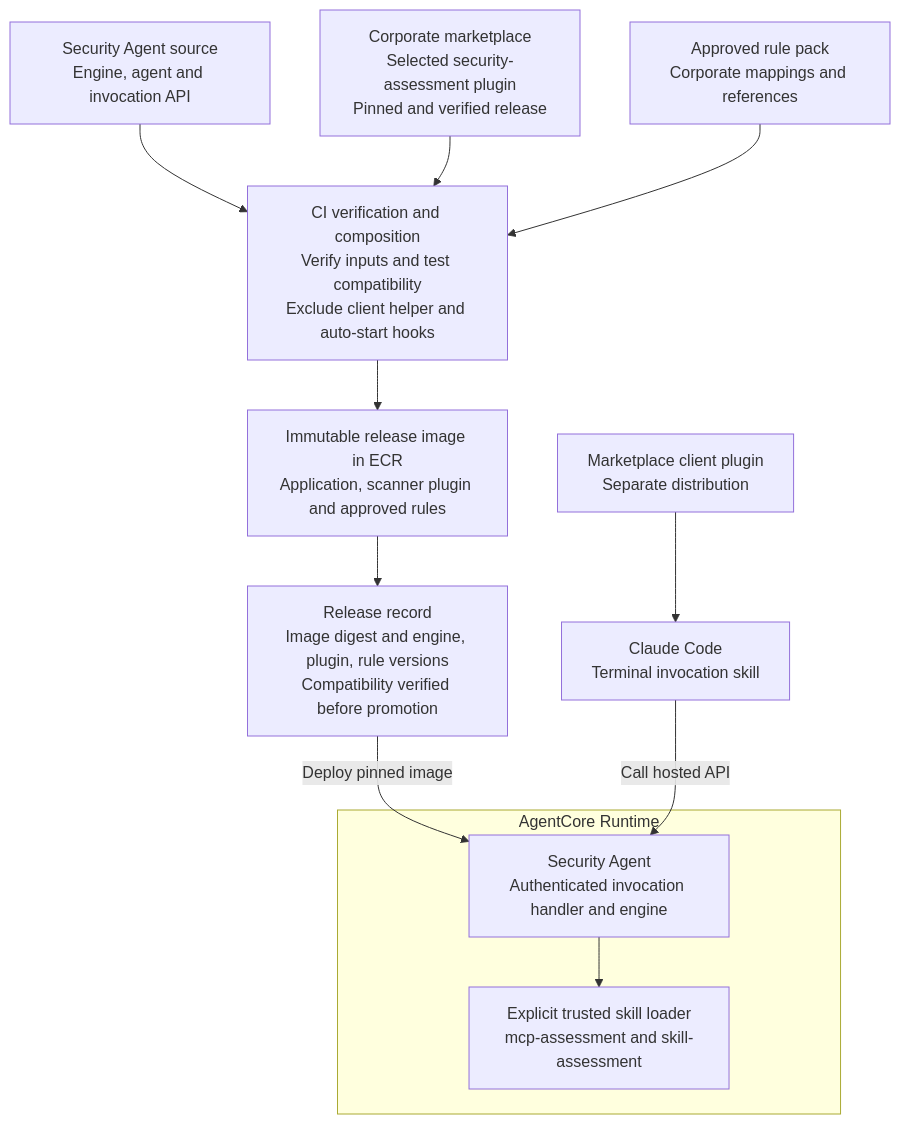
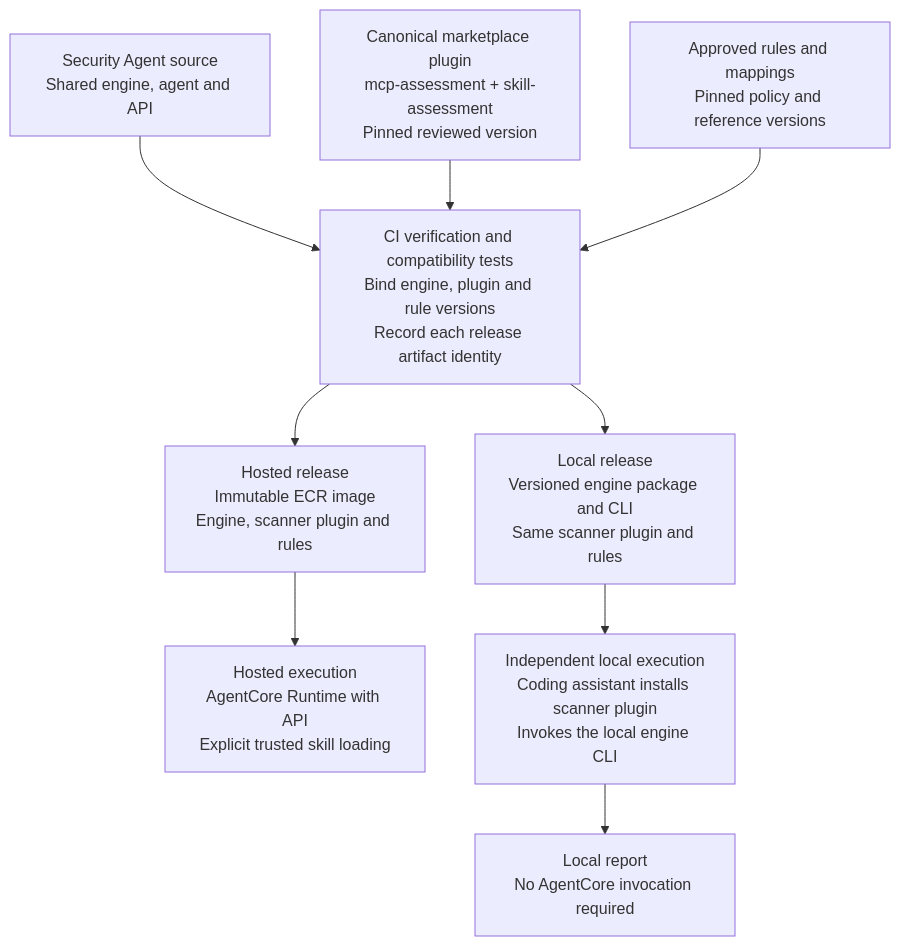
One commit to dliu-lab/security-agent changed the diagram in docs/diagrams/deployment-distribution.mmd. Above: the diagram before and after it, drawn with Mermaid. The commit also changed 4 other files, not shown here.

Commit message:
docs: support local scanner plugin execution alongside AgentCore

```diff
--- a/docs/diagrams/deployment-distribution.mmd
+++ b/docs/diagrams/deployment-distribution.mmd
@@ -1,22 +1,16 @@
 flowchart TB
-    App["Security Agent source<br/>Engine, agent and invocation API"]
-    Scanner["Corporate marketplace<br/>Selected security-assessment plugin<br/>Pinned and verified release"]
-    Rules["Approved rule pack<br/>Corporate mappings and references"]
+    App["Security Agent source<br/>Shared engine, agent and API"]
+    Scanner["Canonical marketplace plugin<br/>mcp-assessment + skill-assessment<br/>Pinned reviewed version"]
+    Rules["Approved rules and mappings<br/>Pinned policy and reference versions"]
 
     App --> CI
     Scanner --> CI
     Rules --> CI
-    CI["CI verification and composition<br/>Verify inputs and test compatibility<br/>Exclude client helper and auto-start hooks"]
-    CI --> Image["Immutable release image in ECR<br/>Application, scanner plugin and approved rules"]
-    Image --> Release["Release record<br/>Image digest and engine, plugin, rule versions<br/>Compatibility verified before promotion"]
+    CI["CI verification and compatibility tests<br/>Bind engine, plugin and rule versions<br/>Record each release artifact identity"]
 
-    subgraph Runtime["AgentCore Runtime"]
-        Service["Security Agent<br/>Authenticated invocation handler and engine"]
-        Loader["Explicit trusted skill loader<br/>mcp-assessment and skill-assessment"]
-        Service --> Loader
-    end
-    Release -->|Deploy pinned image| Service
+    CI --> Image["Hosted release<br/>Immutable ECR image<br/>Engine, scanner plugin and rules"]
+    Image --> Hosted["Hosted execution<br/>AgentCore Runtime with API<br/>Explicit trusted skill loading"]
 
-    Client["Marketplace client plugin<br/>Separate distribution"]
-    Client --> Claude["Claude Code<br/>Terminal invocation skill"]
-    Claude -->|Call hosted API| Service
+    CI --> Package["Local release<br/>Versioned engine package and CLI<br/>Same scanner plugin and rules"]
+    Package --> Local["Independent local execution<br/>Coding assistant installs scanner plugin<br/>Invokes the local engine CLI"]
+    Local --> Report["Local report<br/>No AgentCore invocation required"]
```
